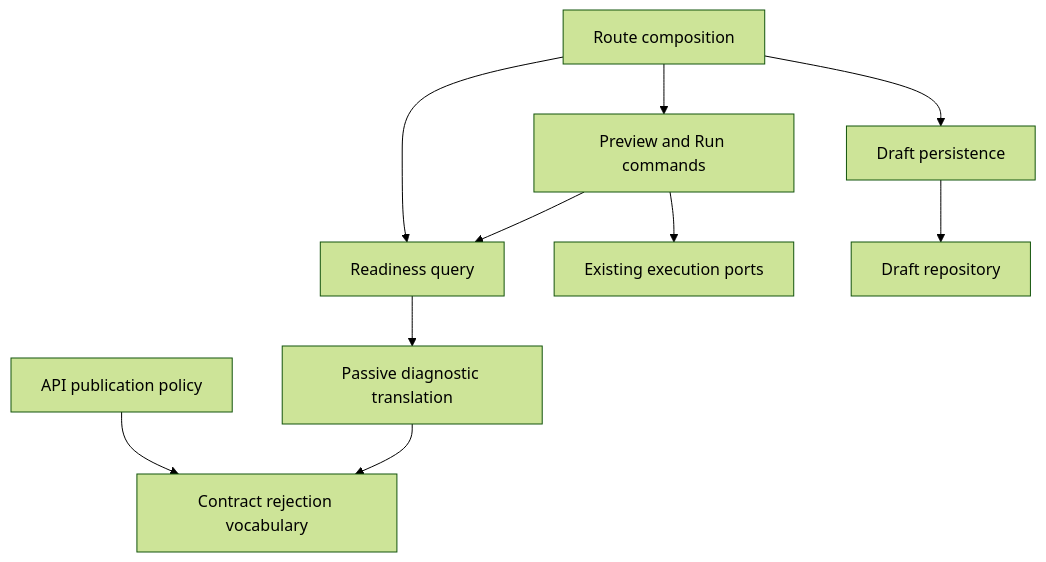
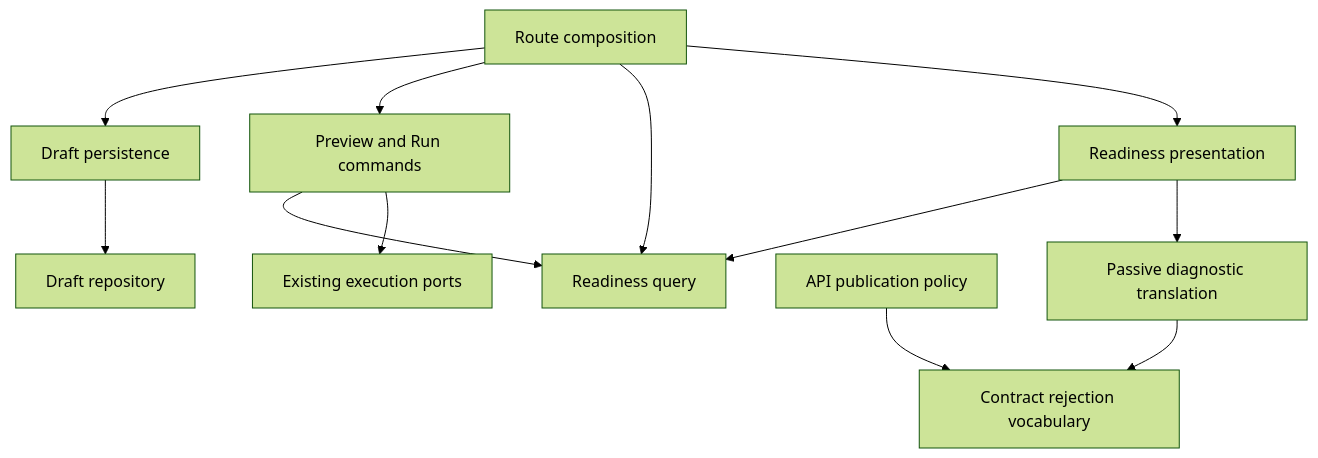
Before and after one commit to dunay2/dvt: the first of 8 diagrams in docs/architecture/components/web/graph/canvas-authoring-draft-boundary-component.md, drawn with Mermaid (forest theme). The commit also changed other lines of this file and 7 other files, not shown here.

````diff
--- a/docs/architecture/components/web/graph/canvas-authoring-draft-boundary-component.md
+++ b/docs/architecture/components/web/graph/canvas-authoring-draft-boundary-component.md
@@ -36,12 +36,14 @@
 ```mermaid
 flowchart TD
   Route[Route composition] --> Save[Draft persistence]
   Route --> Commands[Preview and Run commands]
   Route --> Readiness[Readiness query]
   Commands --> Readiness
   Commands --> Ports[Existing execution ports]
   Save --> Repository[Draft repository]
   Policy[API publication policy] --> Vocabulary[Contract rejection vocabulary]
-  Readiness --> Translation[Passive diagnostic translation]
+  Route --> Presentation[Readiness presentation]
+  Presentation --> Readiness
+  Presentation --> Translation[Passive diagnostic translation]
   Translation --> Vocabulary
 ```
````
